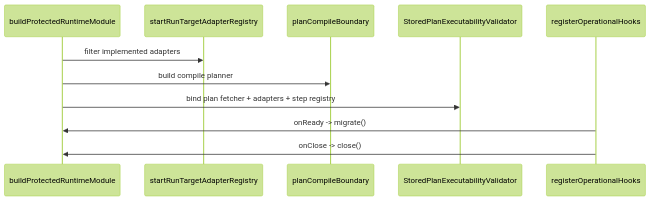
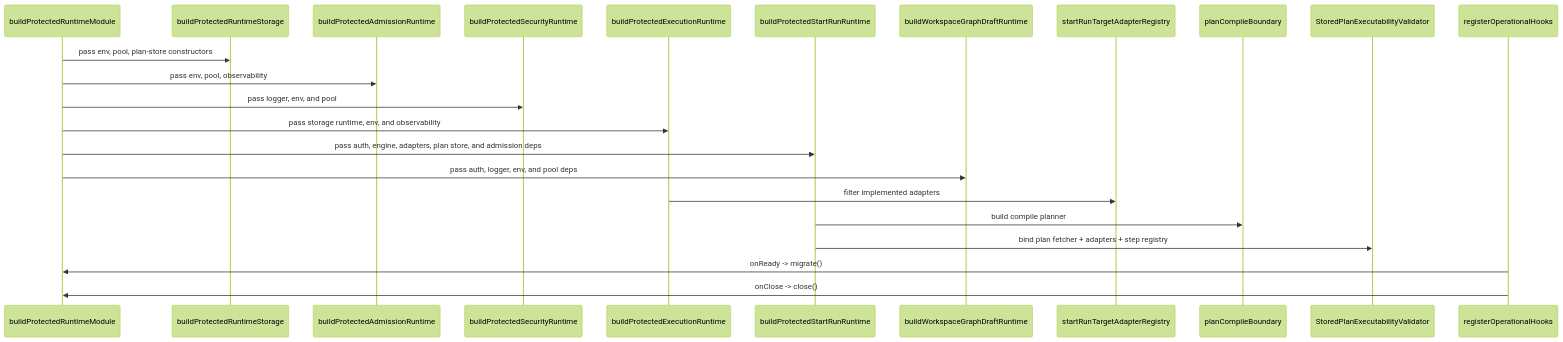
Before and after one commit to dunay2/dvt: the second of 2 diagrams in docs/architecture/components/api/protected-runtime-and-plan-compile-component.md, drawn with Mermaid (forest theme). The commit also changed other lines of this file and 111 other files, not shown here.

First line of the commit message:
feat(api): Add start-run boundary and runtime composition seams (#1006)

````diff
--- a/docs/architecture/components/api/protected-runtime-and-plan-compile-component.md
+++ b/docs/architecture/components/api/protected-runtime-and-plan-compile-component.md
@@ -94,14 +189,26 @@
 ```mermaid
 sequenceDiagram
     participant Boot as buildProtectedRuntimeModule
+    participant Storage as buildProtectedRuntimeStorage
+    participant Admission as buildProtectedAdmissionRuntime
+    participant Security as buildProtectedSecurityRuntime
+    participant Execution as buildProtectedExecutionRuntime
+    participant StartRun as buildProtectedStartRunRuntime
+    participant GraphDraft as buildWorkspaceGraphDraftRuntime
     participant Registry as startRunTargetAdapterRegistry
     participant Compile as planCompileBoundary
     participant Validator as StoredPlanExecutabilityValidator
     participant Hooks as registerOperationalHooks
 
-    Boot->>Registry: filter implemented adapters
-    Boot->>Compile: build compile planner
-    Boot->>Validator: bind plan fetcher + adapters + step registry
+    Boot->>Storage: pass env, pool, plan-store constructors
+    Boot->>Admission: pass env, pool, observability
+    Boot->>Security: pass logger, env, and pool
+    Boot->>Execution: pass storage runtime, env, and observability
+    Boot->>StartRun: pass auth, engine, adapters, plan store, and admission deps
+    Boot->>GraphDraft: pass auth, logger, env, and pool deps
+    Execution->>Registry: filter implemented adapters
+    StartRun->>Compile: build compile planner
+    StartRun->>Validator: bind plan fetcher + adapters + step registry
     Hooks->>Boot: onReady -> migrate()
     Hooks->>Boot: onClose -> close()
 ```
````
